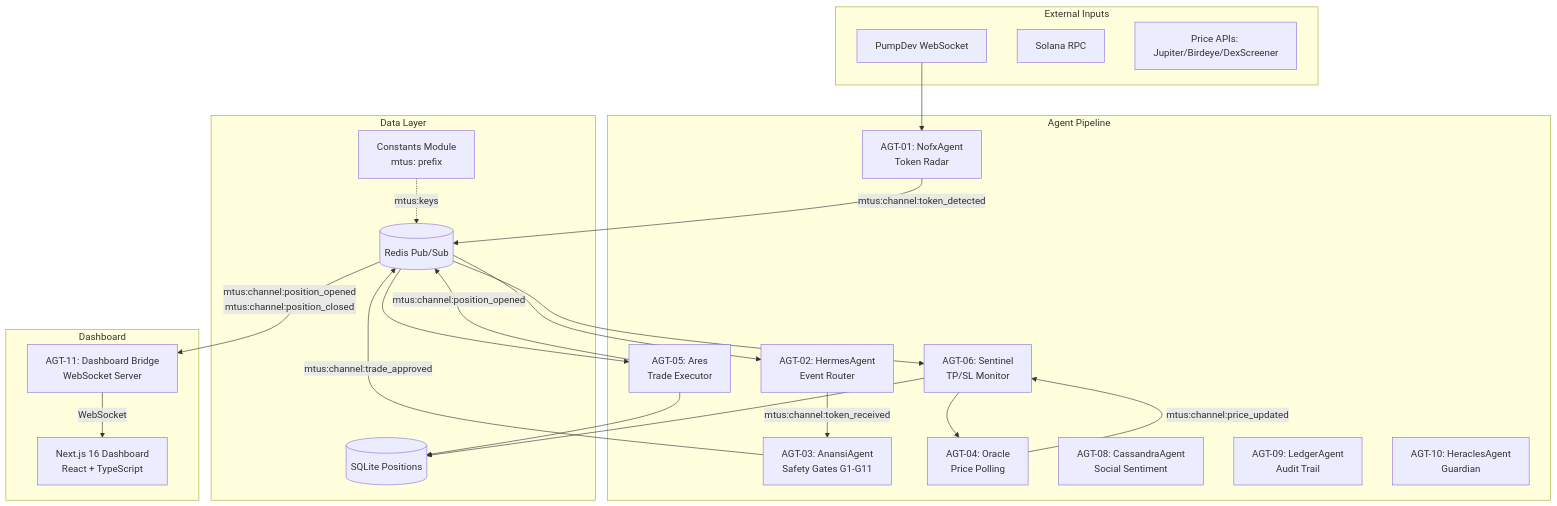
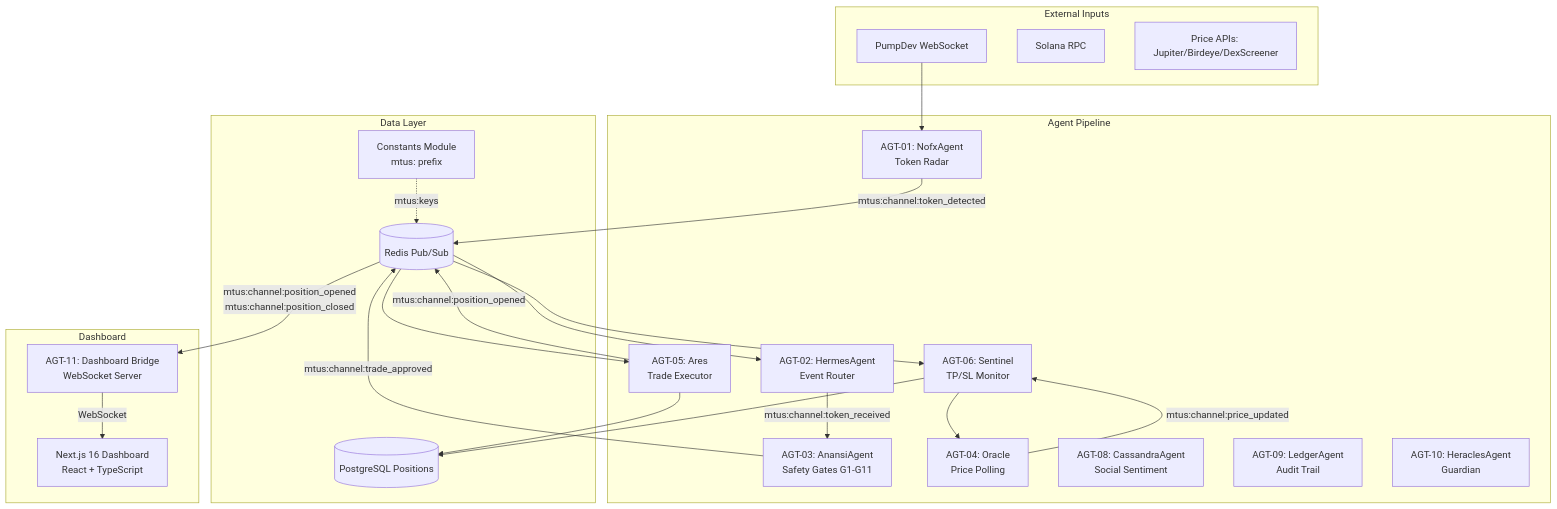
One commit to Elvio11/MTU changed the first of 5 diagrams in TECHNICAL_DOCUMENTATION.md. Above: the diagram before and after it, drawn with Mermaid. The commit also changed other lines of this file and 4 other files, not shown here.

Commit message:
docs: migrate SQLite schema & diagrams to PostgreSQL & add Telegram pub/sub alerting

````diff
--- a/TECHNICAL_DOCUMENTATION.md
+++ b/TECHNICAL_DOCUMENTATION.md
@@ -28,47 +28,47 @@
 ```mermaid
 graph TB
     subgraph "External Inputs"
         WS[PumpDev WebSocket]
         RPC[Solana RPC]
         API[Price APIs: Jupiter/Birdeye/DexScreener]
     end
     
     subgraph "Agent Pipeline"
         NOFX[AGT-01: NofxAgent<br/>Token Radar]
         HERMES[AGT-02: HermesAgent<br/>Event Router]
         ANSI[AGT-03: AnansiAgent<br/>Safety Gates G1-G11]
         ORACLE[AGT-04: Oracle<br/>Price Polling]
         ARES[AGT-05: Ares<br/>Trade Executor]
         SENTINEL[AGT-06: Sentinel<br/>TP/SL Monitor]
         CASSANDRA[AGT-08: CassandraAgent<br/>Social Sentiment]
         LEDGER[AGT-09: LedgerAgent<br/>Audit Trail]
         HERACLES[AGT-10: HeraclesAgent<br/>Guardian]
     end
     
     subgraph "Data Layer"
         REDIS[(Redis Pub/Sub)]
-        DB[(SQLite Positions)]
+        DB[(PostgreSQL Positions)]
         CONSTANTS[Constants Module<br/>mtus: prefix]
     end
     
     subgraph "Dashboard"
         WS_BRIDGE[AGT-11: Dashboard Bridge<br/>WebSocket Server]
         UI[Next.js 16 Dashboard<br/>React + TypeScript]
     end
     
     WS --> NOFX
     NOFX -->|mtus:channel:token_detected| REDIS
     REDIS --> HERMES
     HERMES -->|mtus:channel:token_received| ANSI
     ANSI -->|mtus:channel:trade_approved| REDIS
     REDIS --> ARES
     ARES -->|mtus:channel:position_opened| REDIS
     REDIS --> SENTINEL
     SENTINEL --> ORACLE
     ORACLE -->|mtus:channel:price_updated| SENTINEL
     ARES --> DB
     SENTINEL --> DB
     REDIS -->|mtus:channel:position_opened<br/>mtus:channel:position_closed| WS_BRIDGE
     WS_BRIDGE -->|WebSocket| UI
     CONSTANTS -.->|mtus:keys| REDIS
 ```
````
